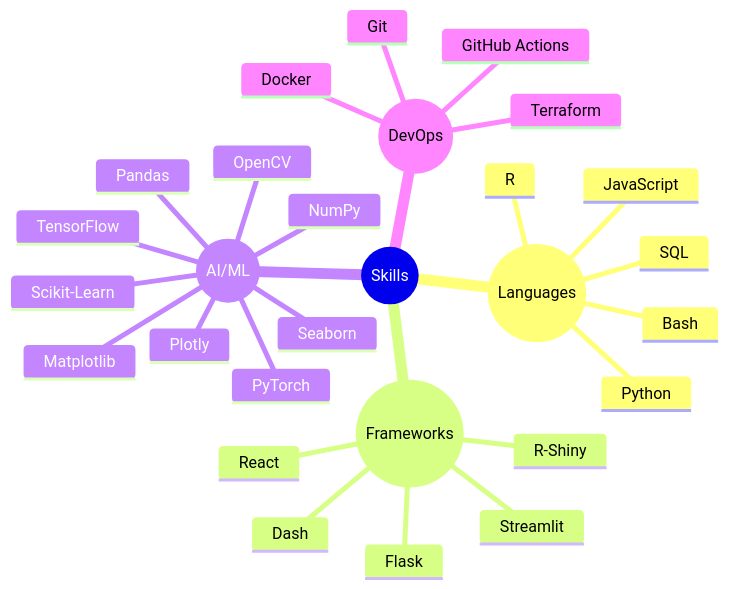
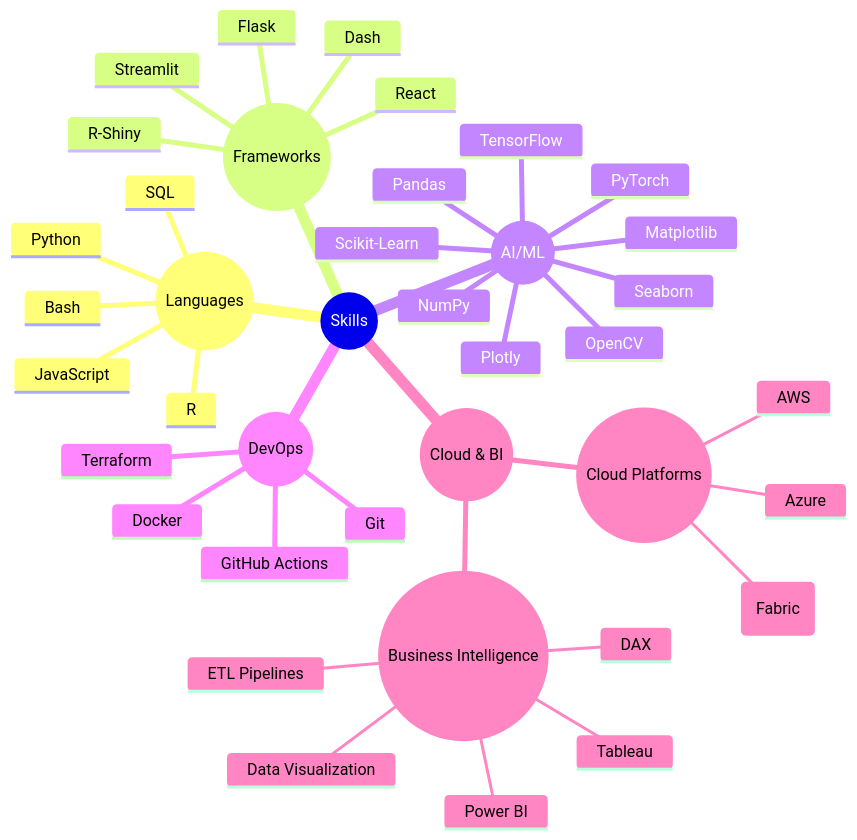
One commit to pavansatya/pavansatya changed the diagram in README.md. Above: the diagram before and after it, drawn with Mermaid.

Commit message:
Add Cloud and BI sections to READM

````diff
--- a/README.md
+++ b/README.md
@@ -56,31 +56,42 @@
 ```mermaid
 mindmap
   root((Skills))
     ((Languages))
       Python
       JavaScript
       R
       SQL
       Bash
     ((Frameworks))
       React
       Flask
       Dash
       R-Shiny
       Streamlit
     ((AI/ML))
       PyTorch
       TensorFlow
       Plotly
       Pandas
       NumPy
       Matplotlib
       Seaborn
       Scikit-Learn
       OpenCV
     ((DevOps))
       Git
       Docker
       GitHub Actions
       Terraform
+    ((Cloud & BI))
+      ((Cloud Platforms))
+        Azure
+        AWS
+        SaaS (Fabric)
+      ((Business Intelligence))
+        Power BI
+        Tableau
+        Data Visualization
+        DAX
+        ETL Pipelines
 ```
````
